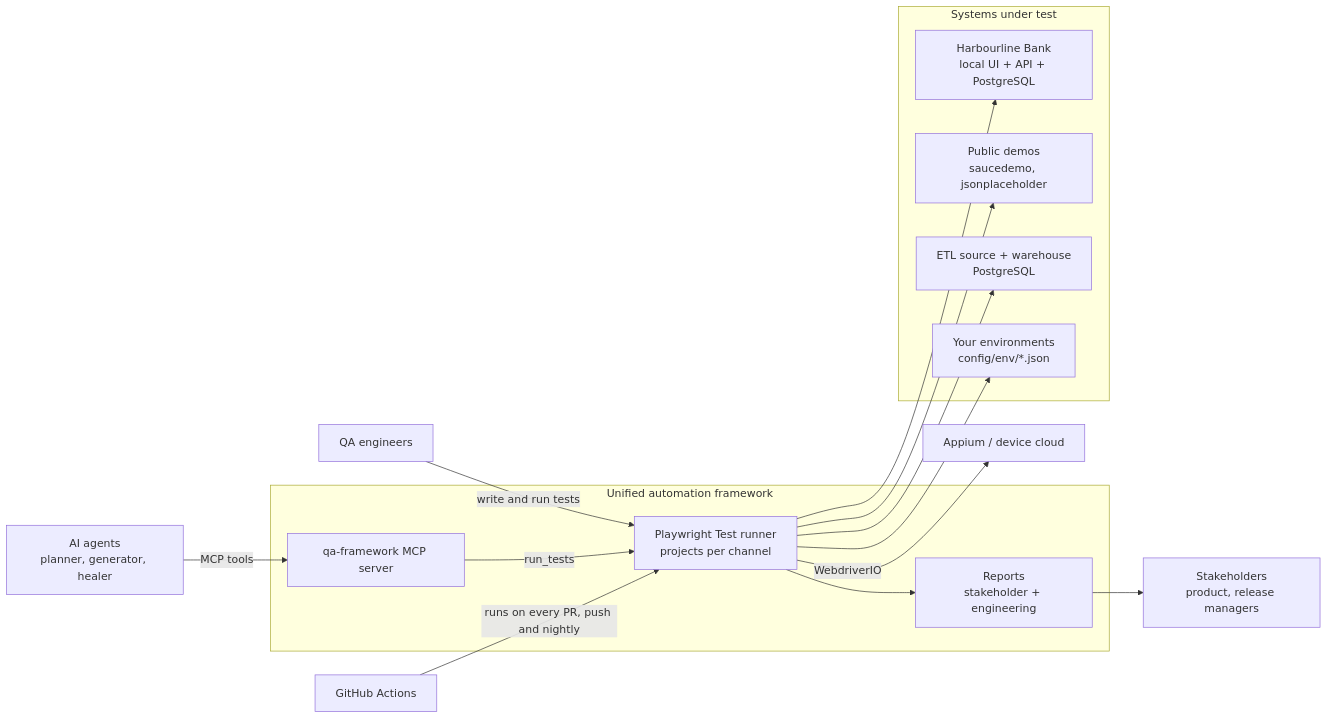
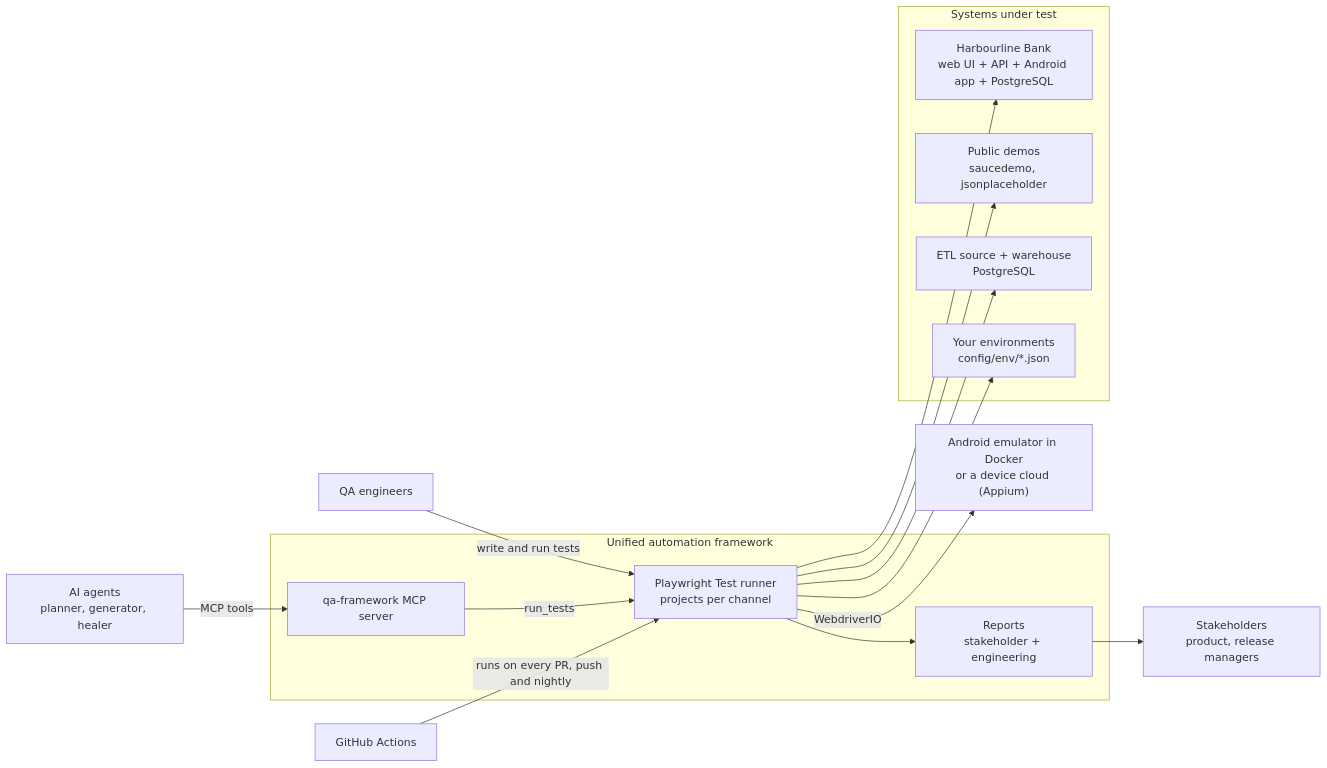
One commit to robindraec09/unified-automation-framework changed the first of 14 diagrams in docs/ARCHITECTURE.md. Above: the diagram before and after it, drawn with Mermaid. The commit also changed other lines of this file and 42 other files, not shown here.

````diff
--- a/docs/ARCHITECTURE.md
+++ b/docs/ARCHITECTURE.md
@@ -24,31 +24,31 @@
 ```mermaid
 flowchart LR
   eng["QA engineers"]
   stake["Stakeholders<br/>product, release managers"]
   agents["AI agents<br/>planner, generator, healer"]
 
   subgraph fw["Unified automation framework"]
     runner["Playwright Test runner<br/>projects per channel"]
     reports["Reports<br/>stakeholder + engineering"]
     mcp["qa-framework MCP server"]
   end
 
   subgraph sut["Systems under test"]
-    bank["Harbourline Bank<br/>local UI + API + PostgreSQL"]
+    bank["Harbourline Bank<br/>web UI + API + Android app + PostgreSQL"]
     demo["Public demos<br/>saucedemo, jsonplaceholder"]
     etl["ETL source + warehouse<br/>PostgreSQL"]
     yours["Your environments<br/>config/env/*.json"]
   end
 
-  devices["Appium / device cloud"]
+  devices["Android emulator in Docker<br/>or a device cloud (Appium)"]
   ci["GitHub Actions"]
 
   eng -->|"write and run tests"| runner
   agents -->|"MCP tools"| mcp
   mcp -->|"run_tests"| runner
   runner --> bank & demo & etl & yours
   runner -->|"WebdriverIO"| devices
   runner --> reports
   reports --> stake
   ci -->|"runs on every PR, push and nightly"| runner
 ```
````
